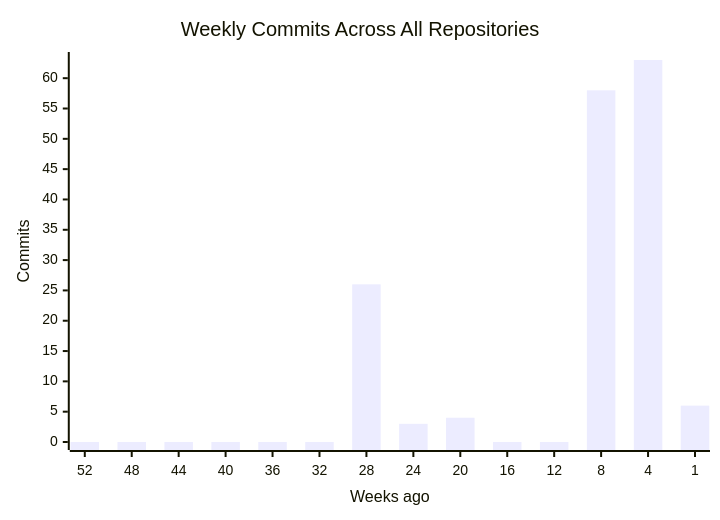
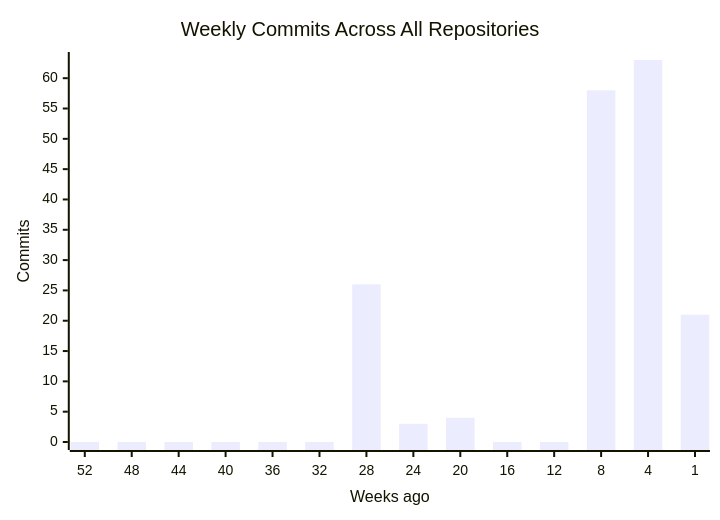
The first of 4 diagrams in profile/README.md (CSTH-Projects/.github), drawn with Mermaid before and after one commit. The commit also changed other lines of this file, not shown here.

````diff
--- a/profile/README.md
+++ b/profile/README.md
@@ -16,7 +16,7 @@
 ```mermaid
 xychart-beta
     title "Weekly Commits Across All Repositories"
     x-axis "Weeks ago" [52, 48, 44, 40, 36, 32, 28, 24, 20, 16, 12, 8, 4, 1]
     y-axis "Commits"
-    bar [0, 0, 0, 0, 0, 0, 26, 3, 4, 0, 0, 58, 63, 6]
+    bar [0, 0, 0, 0, 0, 0, 26, 3, 4, 0, 0, 58, 63, 21]
 ```
````
